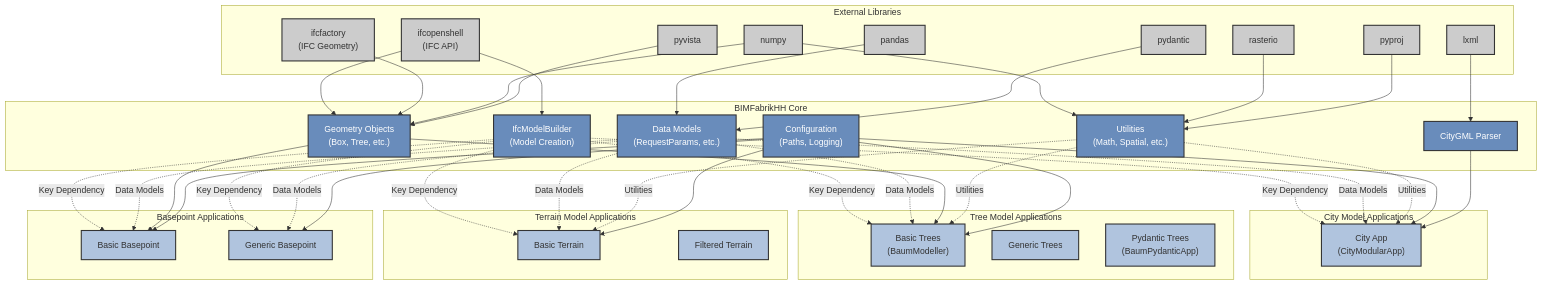
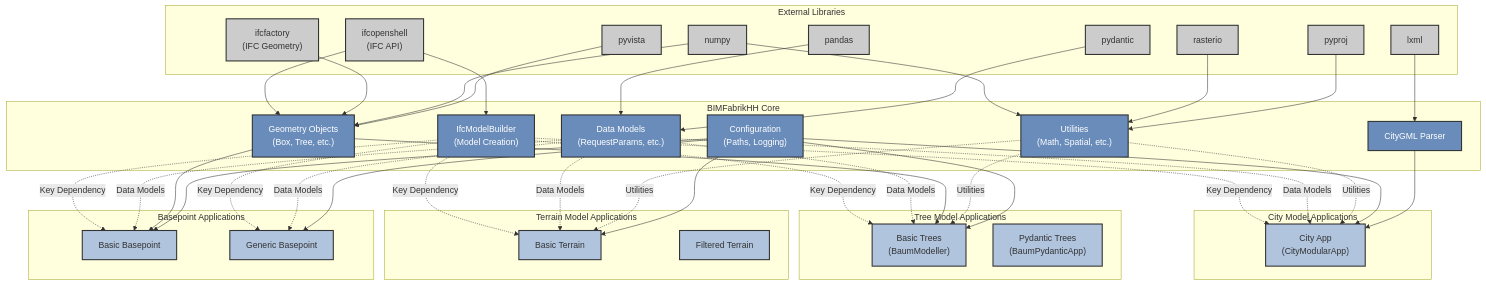
Before and after one commit to LGV-BIM-Leitstelle/BIMFabrikHH_core: the diagram in README.md, drawn with Mermaid. The commit also changed other lines of this file and 6 other files, not shown here.

Commit message:
Refactor tree export functionality to remove generic trees and focus on Pydantic-based models

````diff
--- a/README.md
+++ b/README.md
@@ -139,7 +140,6 @@
     
     subgraph tree_apps ["Tree Model Applications"]
         trees_basic["Basic Trees<br/>(BaumModeller)"]
-        trees_generic["Generic Trees"]
         trees_pydantic["Pydantic Trees<br/>(BaumPydanticApp)"]
     end
     
@@ -206,5 +206,5 @@
     
     class ifcopenshell,ifcfactory,numpy,pandas,pydantic,pyvista,rasterio,pyproj,lxml externalStyle
     class ifc_modelbuilder,geometry,data_models,utils,city_parser,config coreStyle
-    class city_app,trees_basic,trees_generic,trees_pydantic,terrain_basic,terrain_filtered,basepoint_basic,basepoint_generic appStyle
+    class city_app,trees_basic,trees_pydantic,terrain_basic,terrain_filtered,basepoint_basic,basepoint_generic appStyle
 ```
````
